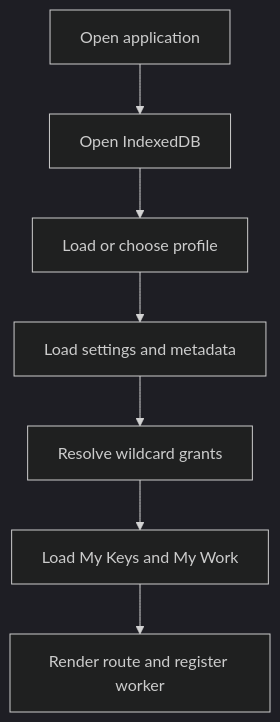
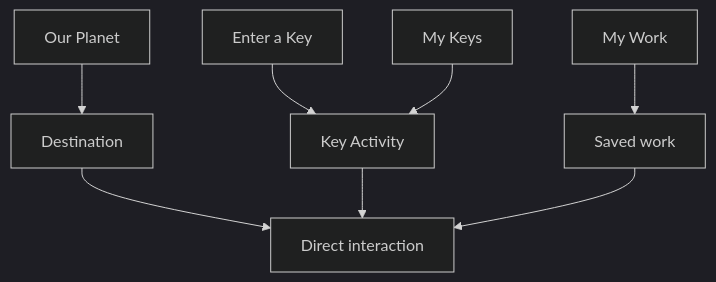
One commit to 6wyk5wz8rf-star/Autumn---How-can-we-look-after-our-planet- changed the first of 2 diagrams in docs/ARCHITECTURE.md. Above: the diagram before and after it, drawn with Mermaid (dark theme). The commit also changed other lines of this file and 47 other files, not shown here.

Commit message:
Build Climate Laboratory and repair product flow

````diff
--- a/docs/ARCHITECTURE.md
+++ b/docs/ARCHITECTURE.md
@@ -37,9 +35,10 @@
 ```mermaid
 flowchart TD
-    A[Open application] --> B[Open IndexedDB]
-    B --> C[Load or choose profile]
-    C --> D[Load settings and metadata]
-    D --> E[Resolve wildcard grants]
-    E --> F[Load My Keys and My Work]
-    F --> G[Render route and register worker]
+    A[Our Planet] --> B[Destination]
+    B --> C[Direct interaction]
+    D[Enter a Key] --> E[Key Activity]
+    E --> C
+    F[My Keys] --> E
+    G[My Work] --> H[Saved work]
+    H --> C
 ```
````
